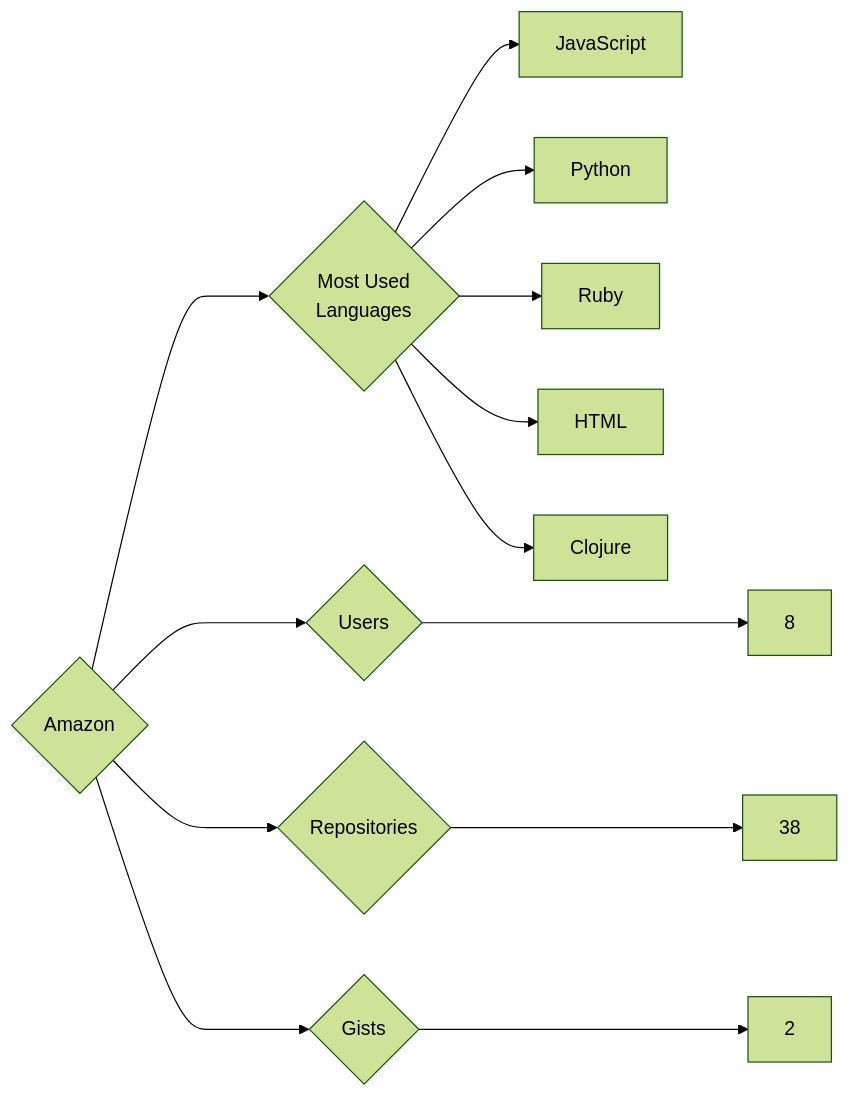
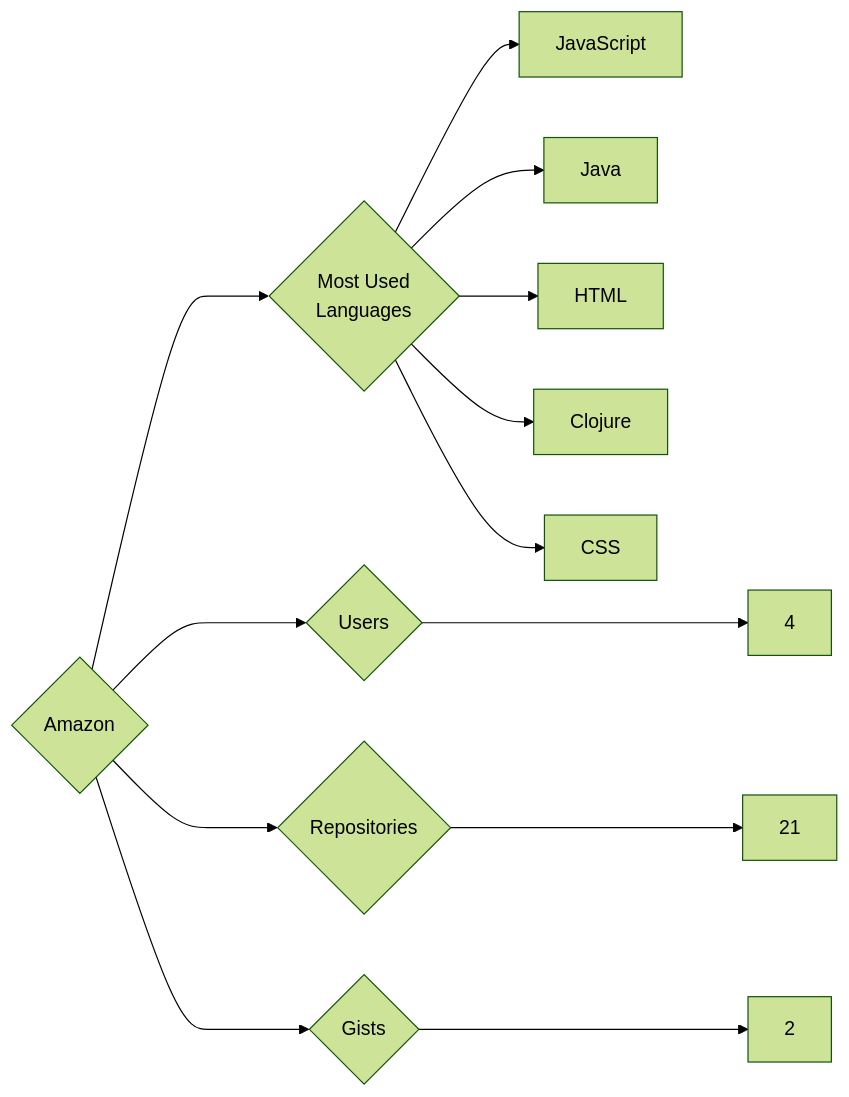
Before and after one commit to trickest/insiders: the diagram in targets/Amazon/README.md, drawn with Mermaid (forest theme). The commit also changed 880 other files, not shown here.

````diff
--- a/targets/Amazon/README.md
+++ b/targets/Amazon/README.md
@@ -3,13 +3,13 @@
 ```mermaid
 graph LR
 COMPANY_NAME{Amazon}
-COMPANY_NAME ---> U{Users} ---> UN[8]
-COMPANY_NAME ---> R{Repositories} ---> RN[38]
+COMPANY_NAME ---> U{Users} ---> UN[4]
+COMPANY_NAME ---> R{Repositories} ---> RN[21]
 COMPANY_NAME ---> G{Gists} ---> GN[2]
 COMPANY_NAME ---> ML{Most Used<br>Languages}
 ML --> JavaScript[JavaScript]
-ML --> Python[Python]
-ML --> Ruby[Ruby]
+ML --> Java[Java]
 ML --> HTML[HTML]
 ML --> Clojure[Clojure]
+ML --> CSS[CSS]
 ```
````
